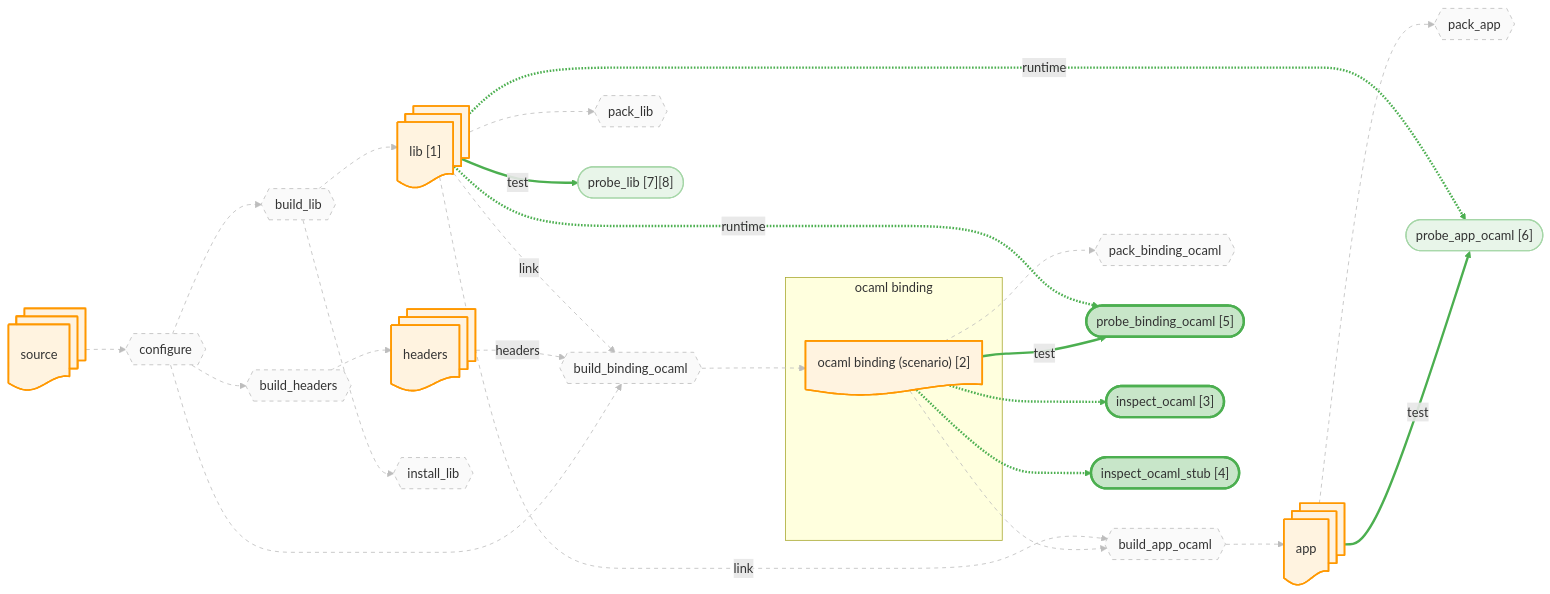
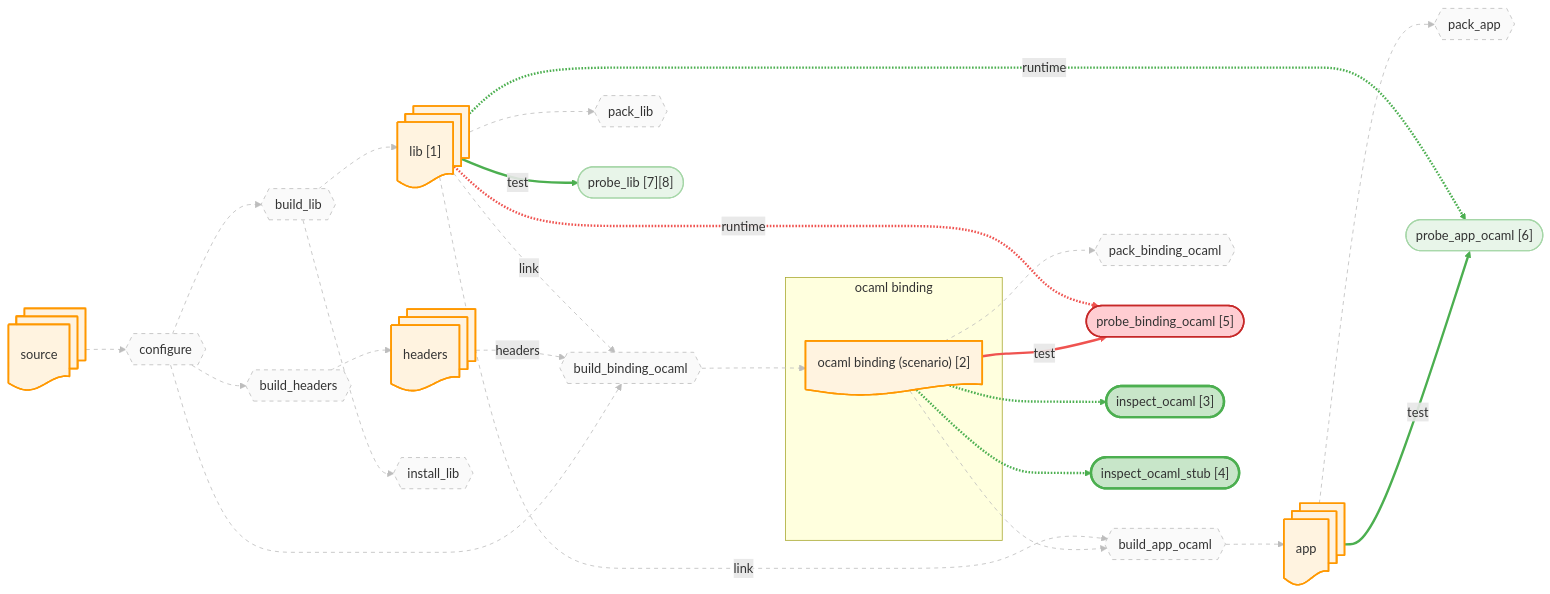
Before and after one commit to JHU-PL-Lab/tola: the diagram in docs/canary/projects/ssl/-run/diagrams/binding_ocaml.mmd, drawn with Mermaid. The commit also changed 26 other files, not shown here.

```diff
--- a/docs/canary/projects/ssl/-run/diagrams/binding_ocaml.mmd
+++ b/docs/canary/projects/ssl/-run/diagrams/binding_ocaml.mmd
@@ -1,95 +1,95 @@
 %% view: binding_ocaml
 graph LR
     source_node@{ shape: docs, label: "source" }
     headers_node@{ shape: docs, label: "headers" }
     lib_node@{ shape: docs, label: "lib [1]" }
     app_node@{ shape: docs, label: "app" }
     subgraph ocaml_binding_sg ["ocaml binding"]
       ocaml_binding_fetch_node@{ shape: doc, label: "ocaml binding (scenario) [2]" }
     end
 
     A_configure{{"configure"}}
     A_build_headers{{"build_headers"}}
     A_build_lib{{"build_lib"}}
     A_build_binding_ocaml{{"build_binding_ocaml"}}
     A_build_app_ocaml{{"build_app_ocaml"}}
     A_install_lib{{"install_lib"}}
     A_pack_binding_ocaml{{"pack_binding_ocaml"}}
     A_pack_lib{{"pack_lib"}}
     A_pack_app{{"pack_app"}}
     A_probe_binding_ocaml(["probe_binding_ocaml [5]"])
     A_probe_app_ocaml(["probe_app_ocaml [6]"])
     A_probe_lib(["probe_lib [7][8]"])
     A_fetch_binding_ocaml_inspect(["inspect_ocaml [3]"])
     A_fetch_binding_ocaml_stub_inspect(["inspect_ocaml_stub [4]"])
 
     source_node --> A_configure
     A_configure --> A_build_headers
     A_build_headers --> headers_node
     A_configure --> A_build_lib
     A_build_lib --> lib_node
     A_configure --> A_build_binding_ocaml
     headers_node -.->|headers| A_build_binding_ocaml
     lib_node -.->|link| A_build_binding_ocaml
     A_build_binding_ocaml --> ocaml_binding_fetch_node
     ocaml_binding_fetch_node --> A_build_app_ocaml
     lib_node -.->|link| A_build_app_ocaml
     A_build_app_ocaml --> app_node
     A_build_lib --> A_install_lib
     ocaml_binding_fetch_node --> A_pack_binding_ocaml
     lib_node --> A_pack_lib
     app_node --> A_pack_app
     ocaml_binding_fetch_node -->|test| A_probe_binding_ocaml
     lib_node -.->|runtime| A_probe_binding_ocaml
     app_node -->|test| A_probe_app_ocaml
     lib_node -.->|runtime| A_probe_app_ocaml
     lib_node -->|test| A_probe_lib
     ocaml_binding_fetch_node -.-> A_fetch_binding_ocaml_inspect
     ocaml_binding_fetch_node -.-> A_fetch_binding_ocaml_stub_inspect
 
     classDef artifact fill:#fff3e0,stroke:#ff9800,stroke-width:2px
     classDef action fill:#f3e5f5,stroke:#9c27b0,stroke-width:2px
     classDef st_done fill:#c8e6c9,stroke:#4caf50,stroke-width:3px
     classDef st_done_ctx fill:#e8f5e9,stroke:#a5d6a7,stroke-width:1.5px
     classDef st_expected_fail fill:#fff9c4,stroke:#f9a825,stroke-width:2px
     classDef st_failed fill:#ffcdd2,stroke:#c62828,stroke-width:2px
     classDef st_skipped fill:#f5f5f5,stroke:#9e9e9e,stroke-dasharray:5
     classDef st_nospec fill:#fafafa,stroke:#bdbdbd,stroke-dasharray:5
     class source_node,headers_node,lib_node,app_node,ocaml_binding_fetch_node artifact
     class A_configure st_nospec
     class A_build_headers st_nospec
     class A_build_lib st_nospec
     class A_build_binding_ocaml st_nospec
     class A_build_app_ocaml st_nospec
     class A_install_lib st_nospec
     class A_pack_binding_ocaml st_nospec
     class A_pack_lib st_nospec
     class A_pack_app st_nospec
-    class A_probe_binding_ocaml st_done
+    class A_probe_binding_ocaml st_failed
     class A_probe_app_ocaml st_done_ctx
     class A_probe_lib st_done_ctx
     class A_fetch_binding_ocaml_inspect st_done
     class A_fetch_binding_ocaml_stub_inspect st_done
     linkStyle 0 stroke:#bdbdbd,stroke-width:1px,stroke-dasharray:5
     linkStyle 1 stroke:#bdbdbd,stroke-width:1px,stroke-dasharray:5
     linkStyle 2 stroke:#bdbdbd,stroke-width:1px,stroke-dasharray:5
     linkStyle 3 stroke:#bdbdbd,stroke-width:1px,stroke-dasharray:5
     linkStyle 4 stroke:#bdbdbd,stroke-width:1px,stroke-dasharray:5
     linkStyle 5 stroke:#bdbdbd,stroke-width:1px,stroke-dasharray:5
     linkStyle 6 stroke:#bdbdbd,stroke-width:1px,stroke-dasharray:5
     linkStyle 7 stroke:#bdbdbd,stroke-width:1px,stroke-dasharray:5
     linkStyle 8 stroke:#bdbdbd,stroke-width:1px,stroke-dasharray:5
     linkStyle 9 stroke:#bdbdbd,stroke-width:1px,stroke-dasharray:5
     linkStyle 10 stroke:#bdbdbd,stroke-width:1px,stroke-dasharray:5
     linkStyle 11 stroke:#bdbdbd,stroke-width:1px,stroke-dasharray:5
     linkStyle 12 stroke:#bdbdbd,stroke-width:1px,stroke-dasharray:5
     linkStyle 13 stroke:#bdbdbd,stroke-width:1px,stroke-dasharray:5
     linkStyle 14 stroke:#bdbdbd,stroke-width:1px,stroke-dasharray:5
     linkStyle 15 stroke:#bdbdbd,stroke-width:1px,stroke-dasharray:5
-    linkStyle 16 stroke:#4caf50,stroke-width:3px
-    linkStyle 17 stroke:#4caf50,stroke-width:3px
+    linkStyle 16 stroke:#ef5350,stroke-width:3px
+    linkStyle 17 stroke:#ef5350,stroke-width:3px
     linkStyle 18 stroke:#4caf50,stroke-width:3px
     linkStyle 19 stroke:#4caf50,stroke-width:3px
     linkStyle 20 stroke:#4caf50,stroke-width:3px
     linkStyle 21 stroke:#4caf50,stroke-width:3px
     linkStyle 22 stroke:#4caf50,stroke-width:3px
```
